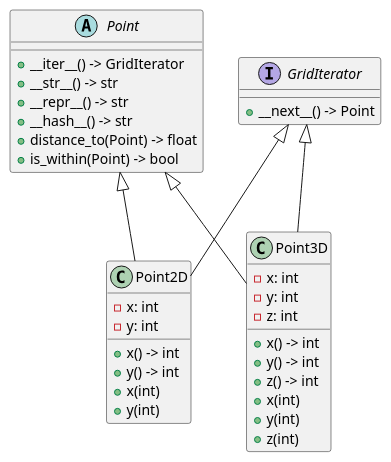
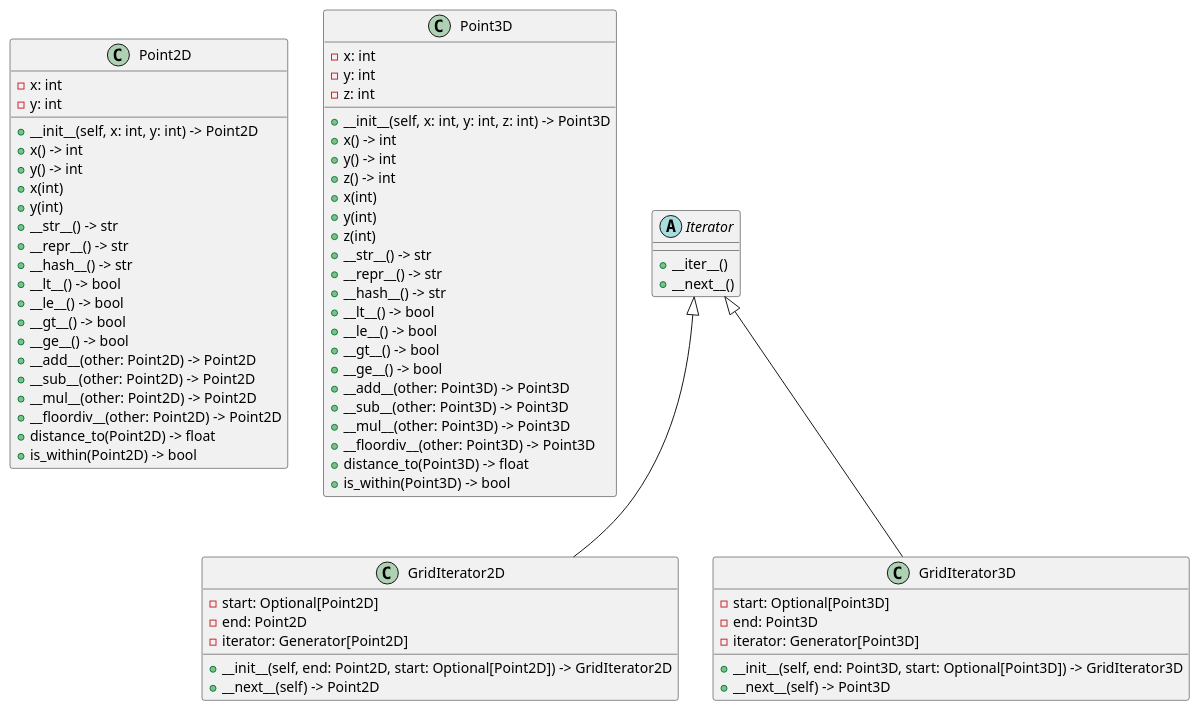
Before and after one commit to lyubolp/grid-points: the diagram in uml/class.puml, drawn with PlantUML.

Commit message:
Updated UML class diagram

```diff
--- a/uml/class.puml
+++ b/uml/class.puml
@@ -1,41 +1,76 @@
 @startuml "grid-point class diagram"
-
-abstract Point {
-    + __iter__() -> GridIterator
-    + __str__() -> str
-    + __repr__() -> str
-    + __hash__() -> str
-    + distance_to(Point) -> float
-    + is_within(Point) -> bool
-}
-
-interface GridIterator {
-    + __next__() -> Point
-}
 
 class Point2D {
     - x: int
     - y: int
+    + __init__(self, x: int, y: int) -> Point2D
     + x() -> int
     + y() -> int
     + x(int)
     + y(int)
+    + __str__() -> str
+    + __repr__() -> str
+    + __hash__() -> str
+    + __lt__() -> bool
+    + __le__() -> bool
+    + __gt__() -> bool
+    + __ge__() -> bool
+    + __add__(other: Point2D) -> Point2D
+    + __sub__(other: Point2D) -> Point2D
+    + __mul__(other: Point2D) -> Point2D
+    + __floordiv__(other: Point2D) -> Point2D
+    + distance_to(Point2D) -> float
+    + is_within(Point2D) -> bool
 }
 
 class Point3D {
     - x: int
     - y: int
     - z: int
+    + __init__(self, x: int, y: int, z: int) -> Point3D
     + x() -> int
     + y() -> int
     + z() -> int
     + x(int)
     + y(int)
     + z(int)
+    + __str__() -> str
+    + __repr__() -> str
+    + __hash__() -> str
+    + __lt__() -> bool
+    + __le__() -> bool
+    + __gt__() -> bool
+    + __ge__() -> bool
+    + __add__(other: Point3D) -> Point3D
+    + __sub__(other: Point3D) -> Point3D
+    + __mul__(other: Point3D) -> Point3D
+    + __floordiv__(other: Point3D) -> Point3D
+    + distance_to(Point3D) -> float
+    + is_within(Point3D) -> bool
 }
 
-Point <|-- Point2D
-Point <|-- Point3D
-GridIterator <|-- Point2D
-GridIterator <|-- Point3D
+
+
+abstract Iterator {
+    + __iter__()
+    + __next__()
+}
+
+class GridIterator2D {
+    - start: Optional[Point2D]
+    - end: Point2D
+    - iterator: Generator[Point2D]
+    + __init__(self, end: Point2D, start: Optional[Point2D]) -> GridIterator2D
+    + __next__(self) -> Point2D
+}
+
+class GridIterator3D {
+    - start: Optional[Point3D]
+    - end: Point3D
+    - iterator: Generator[Point3D]
+    + __init__(self, end: Point3D, start: Optional[Point3D]) -> GridIterator3D
+    + __next__(self) -> Point3D
+}
+Iterator <|-- GridIterator2D
+Iterator <|-- GridIterator3D
 @enduml
```
